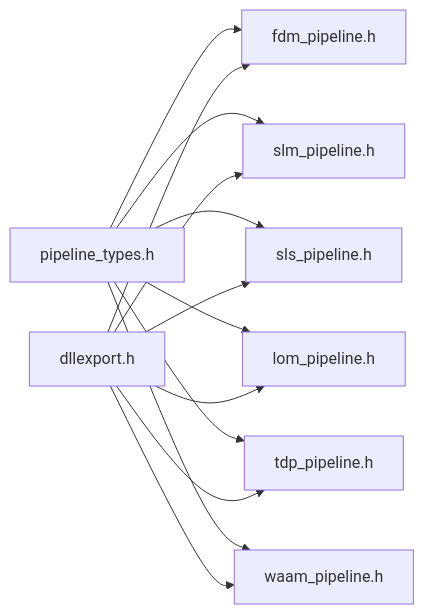
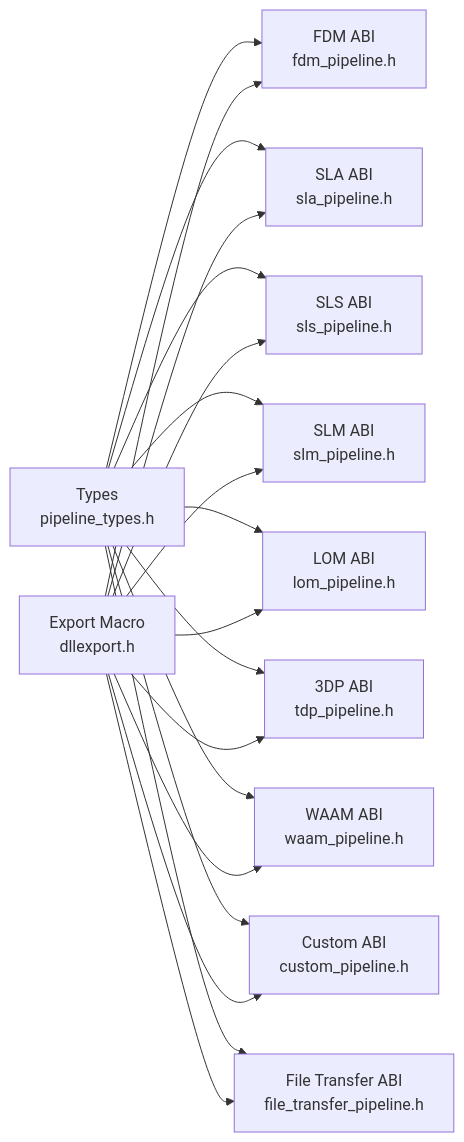
Before and after one commit to hsmbanlance/HsBaSlicer: the fifth of 6 diagrams in .qoder/repowiki/en/content/API Reference/C ABI Interface.md, drawn with Mermaid. The commit also changed other lines of this file and 1135 other files, not shown here.

````diff
--- a/.qoder/repowiki/en/content/API Reference/C ABI Interface.md
+++ b/.qoder/repowiki/en/content/API Reference/C ABI Interface.md
@@ -372,15 +381,21 @@
 ```mermaid
 graph LR
-Types["pipeline_types.h"] --> FDM_H["fdm_pipeline.h"]
-Types --> SLM_H["slm_pipeline.h"]
-Types --> SLS_H["sls_pipeline.h"]
-Types --> LOM_H["lom_pipeline.h"]
-Types --> TDP_H["tdp_pipeline.h"]
-Types --> WAAM_H["waam_pipeline.h"]
-Export["dllexport.h"] --> FDM_H
-Export --> SLM_H
-Export --> SLS_H
-Export --> LOM_H
-Export --> TDP_H
-Export --> WAAM_H
+Types["Types<br/>pipeline_types.h"] --> ABI_FDM["FDM ABI<br/>fdm_pipeline.h"]
+Types --> ABI_SLA["SLA ABI<br/>sla_pipeline.h"]
+Types --> ABI_SLS["SLS ABI<br/>sls_pipeline.h"]
+Types --> ABI_SLM["SLM ABI<br/>slm_pipeline.h"]
+Types --> ABI_LOM["LOM ABI<br/>lom_pipeline.h"]
+Types --> ABI_TDP["3DP ABI<br/>tdp_pipeline.h"]
+Types --> ABI_WAAM["WAAM ABI<br/>waam_pipeline.h"]
+Types --> ABI_CUSTOM["Custom ABI<br/>custom_pipeline.h"]
+Types --> ABI_XFER["File Transfer ABI<br/>file_transfer_pipeline.h"]
+Macro["Export Macro<br/>dllexport.h"] --> ABI_FDM
+Macro --> ABI_SLA
+Macro --> ABI_SLS
+Macro --> ABI_SLM
+Macro --> ABI_LOM
+Macro --> ABI_TDP
+Macro --> ABI_WAAM
+Macro --> ABI_CUSTOM
+Macro --> ABI_XFER
 ```
````
